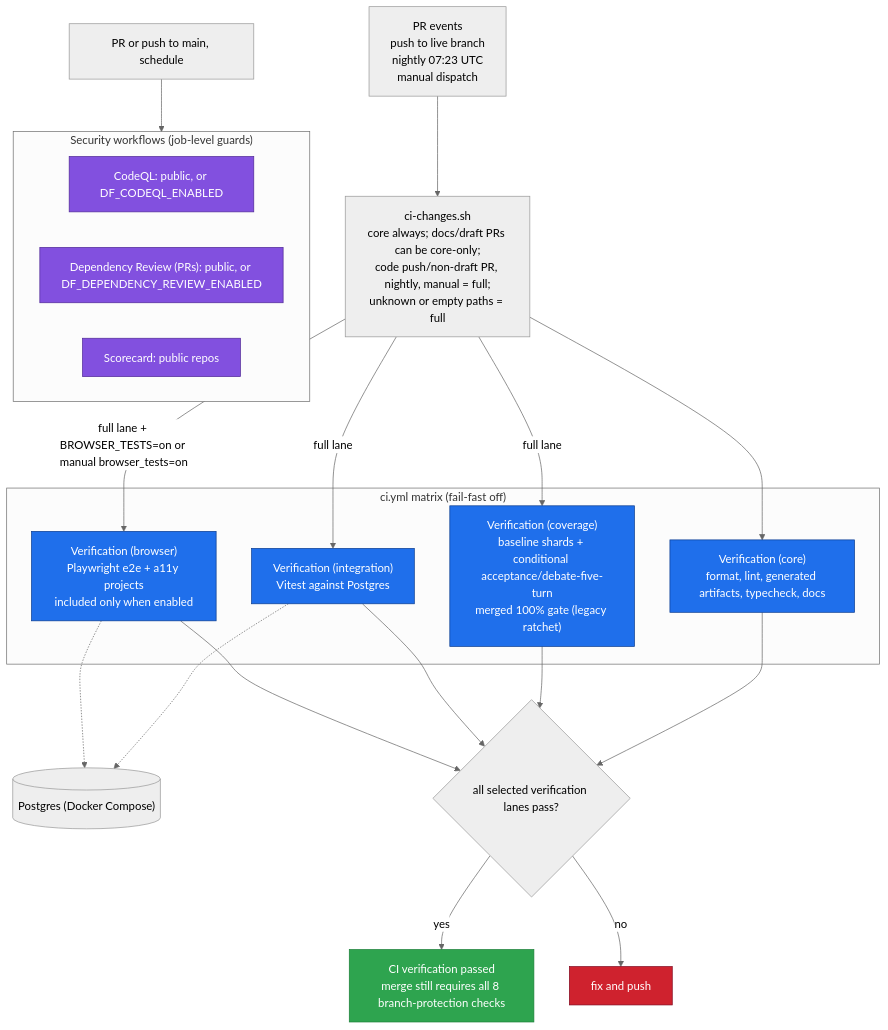
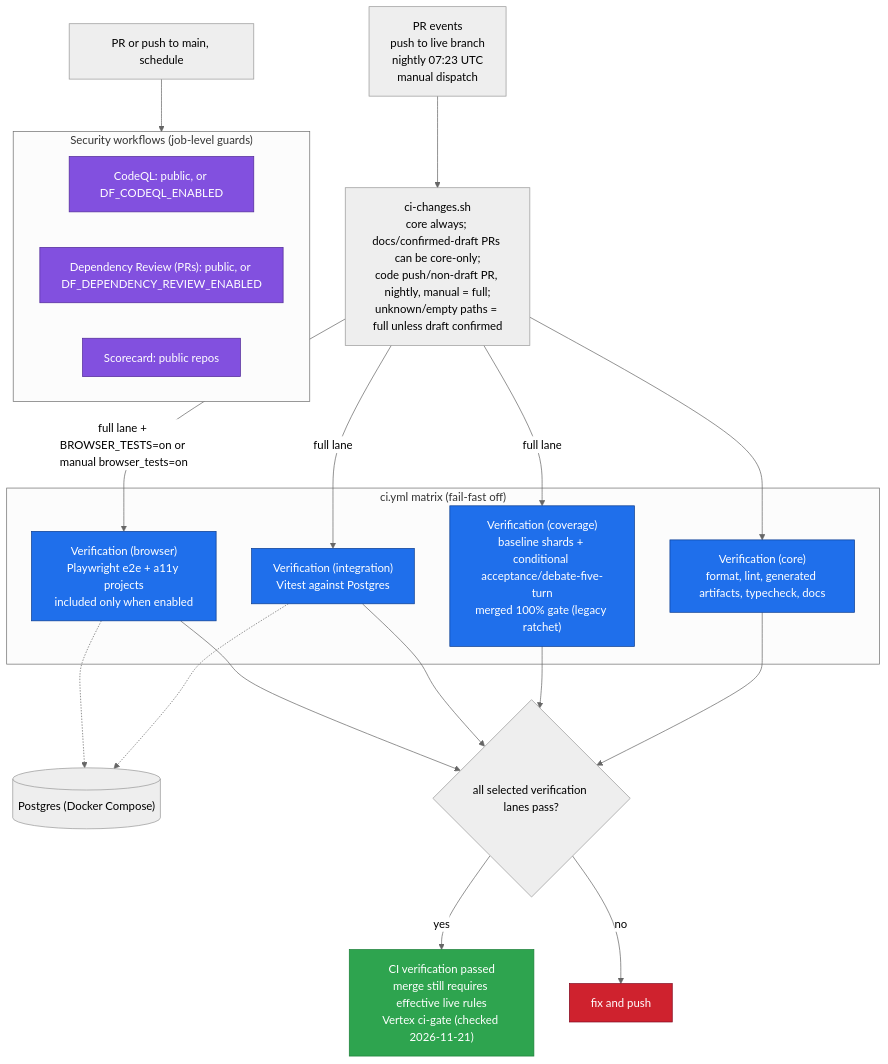
One commit to jeffscottward/vertex-research-public changed the third of 3 diagrams in ARCHITECTURE.md. Above: the diagram before and after it, drawn with Mermaid (neutral theme). The commit also changed other lines of this file and 5 other files, not shown here.

````diff
--- a/ARCHITECTURE.md
+++ b/ARCHITECTURE.md
@@ -98,40 +102,40 @@
 ```mermaid
 flowchart TB
   trigger["PR events<br/>push to live branch<br/>nightly 07:23 UTC<br/>manual dispatch"] --> planner
-  planner["ci-changes.sh<br/>core always; docs/draft PRs can be core-only;<br/>code push/non-draft PR, nightly, manual = full;<br/>unknown or empty paths = full"]
+  planner["ci-changes.sh<br/>core always; docs/confirmed-draft PRs can be core-only;<br/>code push/non-draft PR, nightly, manual = full;<br/>unknown/empty paths = full unless draft confirmed"]
   planner --> core
   planner -- "full lane" --> cov
   planner -- "full lane" --> integ
   planner -- "full lane + BROWSER_TESTS=on or manual browser_tests=on" --> browser
   subgraph matrix["ci.yml matrix (fail-fast off)"]
     core["Verification (core)<br/>format, lint, generated artifacts, typecheck, docs"]
     cov["Verification (coverage)<br/>baseline shards + conditional acceptance/debate-five-turn<br/>merged 100% gate (legacy ratchet)"]
     integ["Verification (integration)<br/>Vitest against Postgres"]
     browser["Verification (browser)<br/>Playwright e2e + a11y projects<br/>included only when enabled"]
   end
   pg[("Postgres (Docker Compose)")]
   integ -.-> pg
   browser -.-> pg
   core --> green{"all selected verification lanes pass?"}
   cov --> green
   integ --> green
   browser --> green
-  green -- yes --> merge["CI verification passed<br/>merge still requires all 8 branch-protection checks"]
+  green -- yes --> merge["CI verification passed<br/>merge still requires effective live rules<br/>Vertex ci-gate (checked 2026-11-21)"]
   green -- no --> fix["fix and push"]
 
   scanTrigger["PR or push to main, schedule"] --> security
   subgraph security["Security workflows (job-level guards)"]
     codeql["CodeQL: public, or DF_CODEQL_ENABLED"]
     depr["Dependency Review (PRs): public, or DF_DEPENDENCY_REVIEW_ENABLED"]
     scorecard["Scorecard: public repos"]
   end
 
   classDef lane fill:#1f6feb,stroke:#0b3d91,color:#ffffff
   classDef sec fill:#8250df,stroke:#512a97,color:#ffffff
   classDef ok fill:#2ea44f,stroke:#1a7f37,color:#ffffff
   classDef bad fill:#cf222e,stroke:#82071e,color:#ffffff
   class core,cov,integ,browser lane
   class codeql,depr,scorecard sec
   class merge ok
   class fix bad
 ```
````
